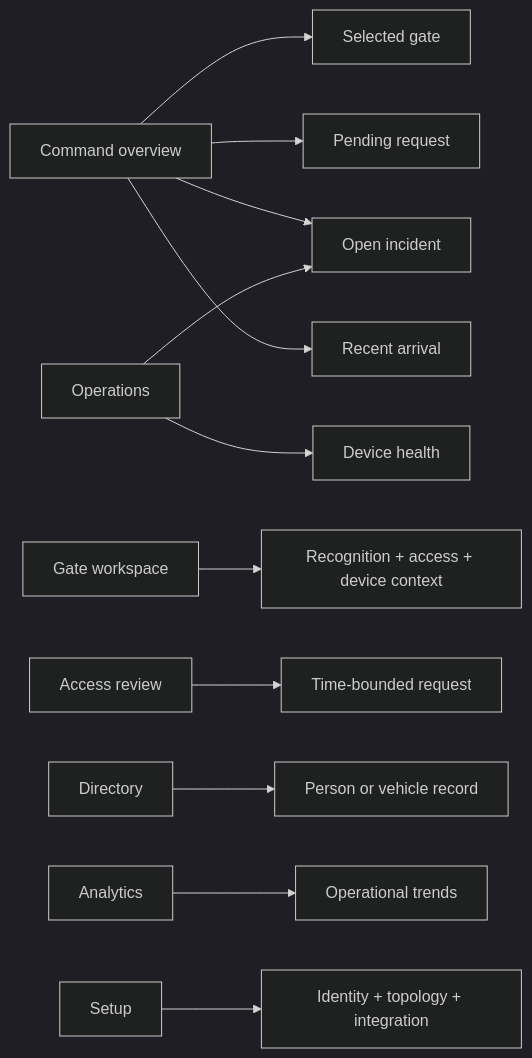
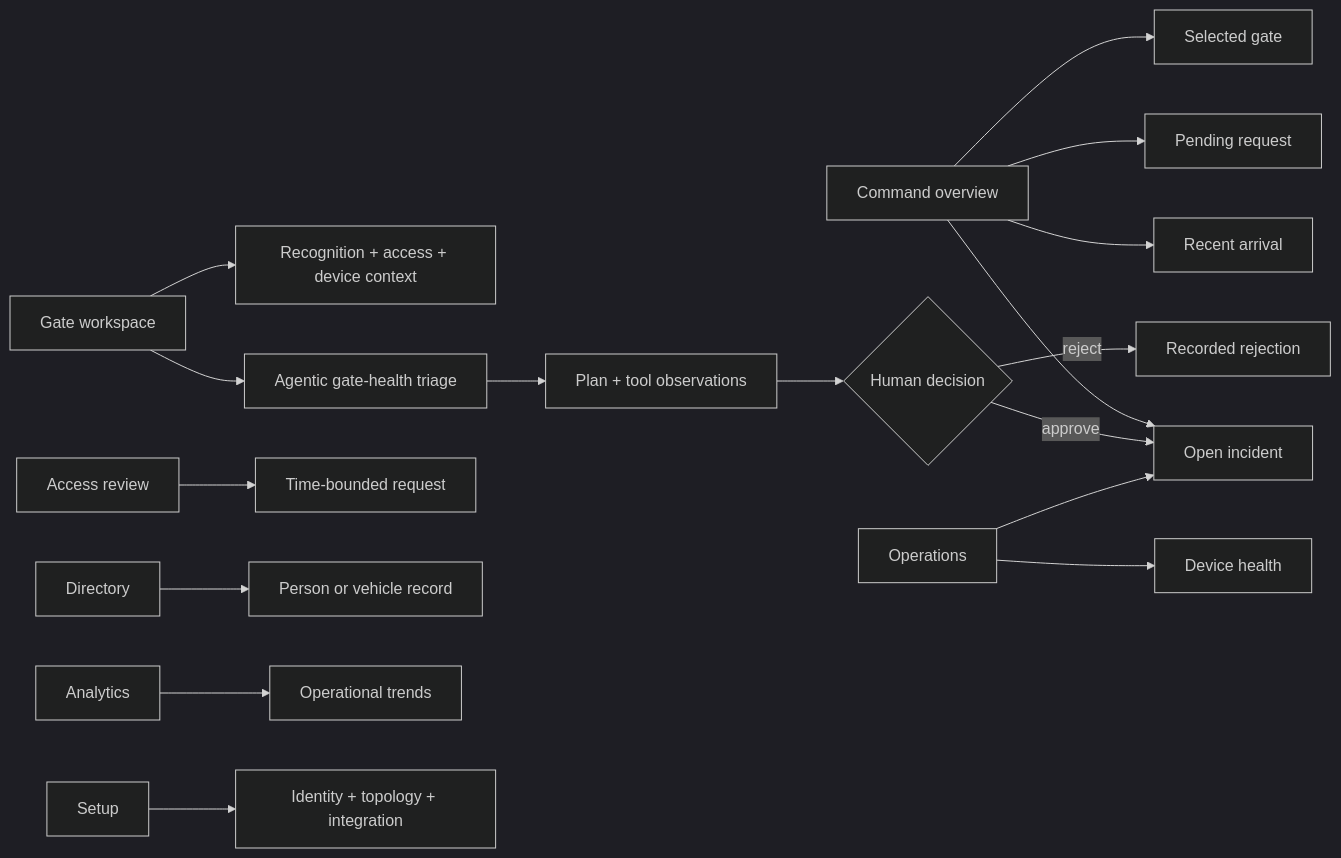
Before and after one commit to Mohemed-Amine-Chalhy/number-plate-recognition: the diagram in docs/platform/design-evolution.md, drawn with Mermaid (dark theme). The commit also changed other lines of this file and 18 other files, not shown here.

Commit message:
docs(agentic): document architecture and operating boundaries

````diff
--- a/docs/platform/design-evolution.md
+++ b/docs/platform/design-evolution.md
@@ -71,14 +102,19 @@
 ```mermaid
 flowchart LR
     Command[Command overview] --> Arrival[Recent arrival]
     Command --> Queue[Pending request]
     Command --> Incident[Open incident]
     Command --> Gate[Selected gate]
     Gates[Gate workspace] --> GateDetail[Recognition + access + device context]
+    Gates --> AgentRun[Agentic gate-health triage]
+    AgentRun --> ToolTrace[Plan + tool observations]
+    ToolTrace --> Approval{Human decision}
+    Approval -->|approve| Incident
+    Approval -->|reject| Audit[Recorded rejection]
     Access[Access review] --> Request[Time-bounded request]
     Directory[Directory] --> PersonVehicle[Person or vehicle record]
     Operations[Operations] --> Incident
     Operations --> Device[Device health]
     Analytics[Analytics] --> Trends[Operational trends]
     Setup[Setup] --> Organization[Identity + topology + integration]
 ```
````
